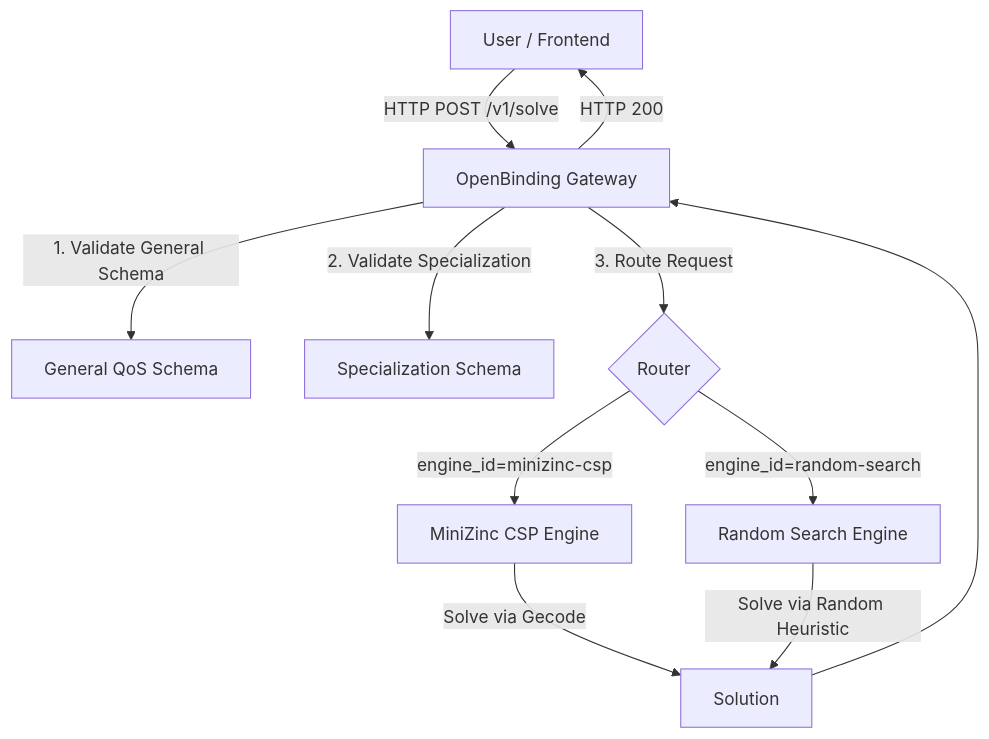
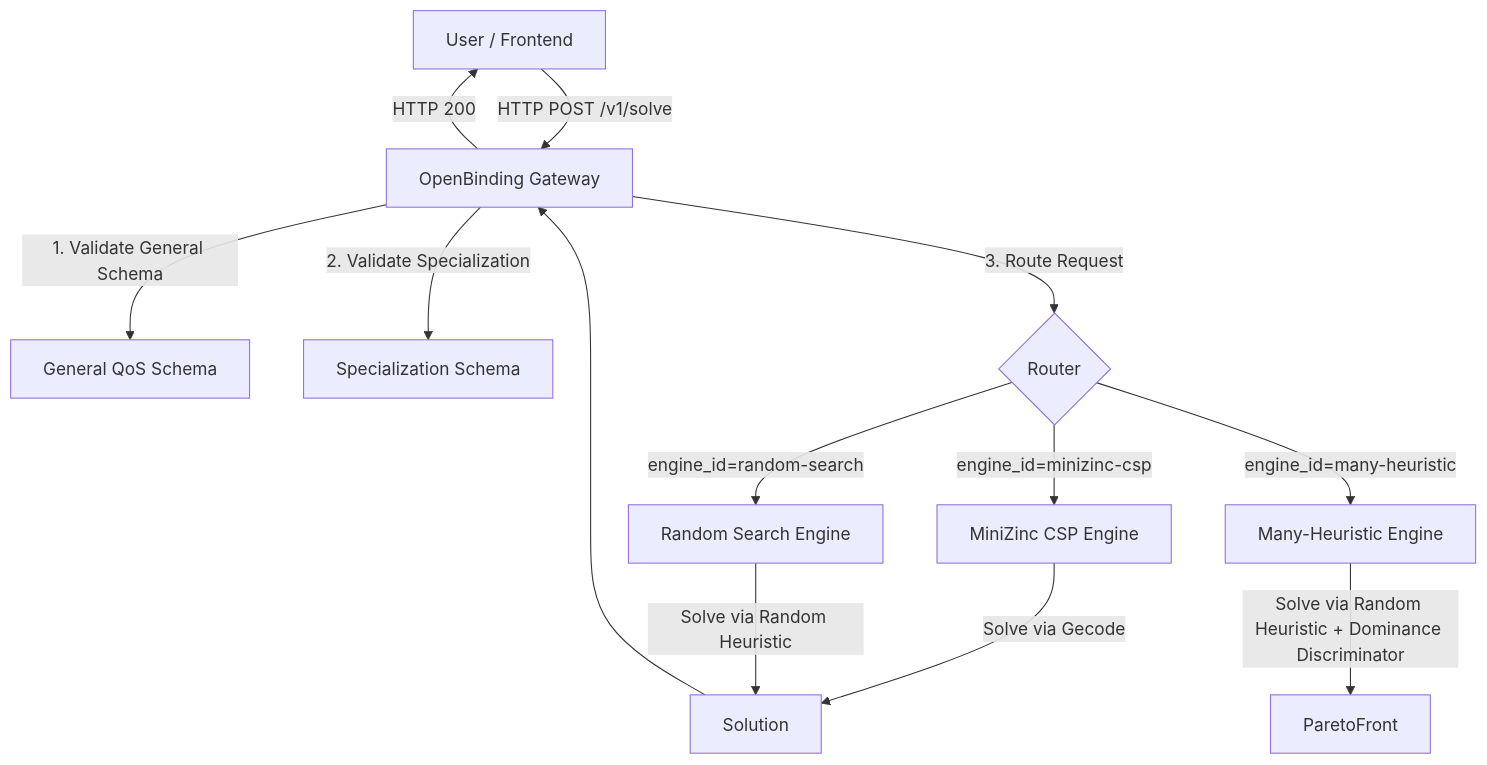
The diagram in README.md (isa-group/OpenBinding), drawn with Mermaid before and after one commit. The commit also changed other lines of this file and 991 other files, not shown here.

Commit message:
feat: many obj engine

````diff
--- a/README.md
+++ b/README.md
@@ -7,16 +7,18 @@
 ```mermaid
 graph TD
     User[User / Frontend] -->|HTTP POST /v1/solve| Gateway[OpenBinding Gateway]
     Gateway -->|1. Validate General Schema| Schema[General QoS Schema]
     Gateway -->|2. Validate Specialization| Spec[Specialization Schema]
     Gateway -->|3. Route Request| Router{Router}
     
     Router -->|engine_id=minizinc-csp| MZ[MiniZinc CSP Engine]
     Router -->|engine_id=random-search| RS[Random Search Engine]
+    Router -->|engine_id=many-heuristic| MH[Many-Heuristic Engine]
     
     MZ -->|Solve via Gecode| Solution
     RS -->|Solve via Random Heuristic| Solution
+    MH -->|Solve via Random Heuristic + Dominance Discriminator | ParetoFront
     
     Solution --> Gateway
     Gateway -->|HTTP 200| User
 ```
````
